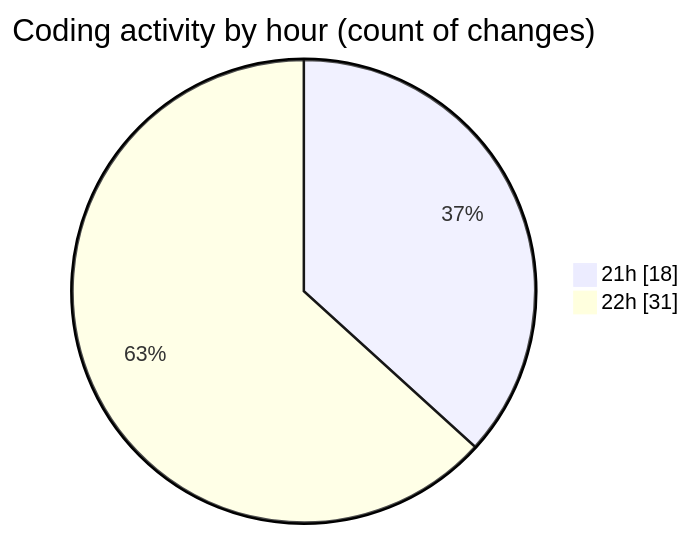
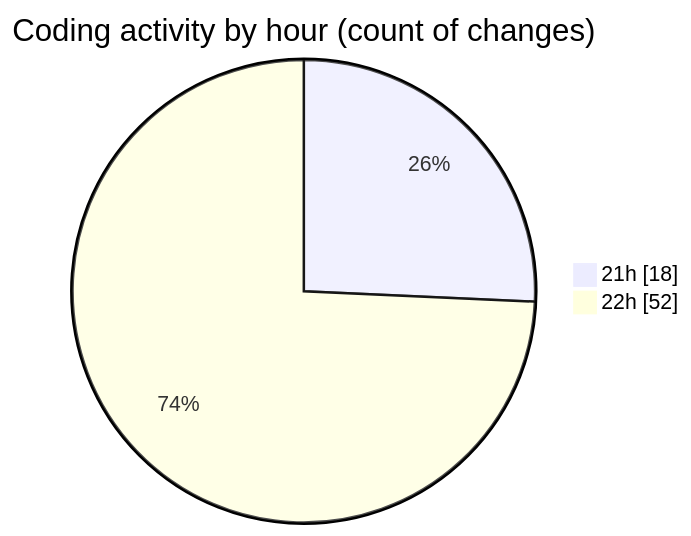
One commit to Ritupan-Deka/code-tracking changed the second of 2 diagrams in 2025-12-27/rust/README.md. Above: the diagram before and after it, drawn with Mermaid. The commit also changed other lines of this file and 1 other file, not shown here.

````diff
--- a/2025-12-27/rust/README.md
+++ b/2025-12-27/rust/README.md
@@ -28,6 +30,6 @@
 ```mermaid
 pie showData
 title Coding activity by hour (count of changes)
 "21h" : 18
-"22h" : 31
+"22h" : 52
 ```
````
